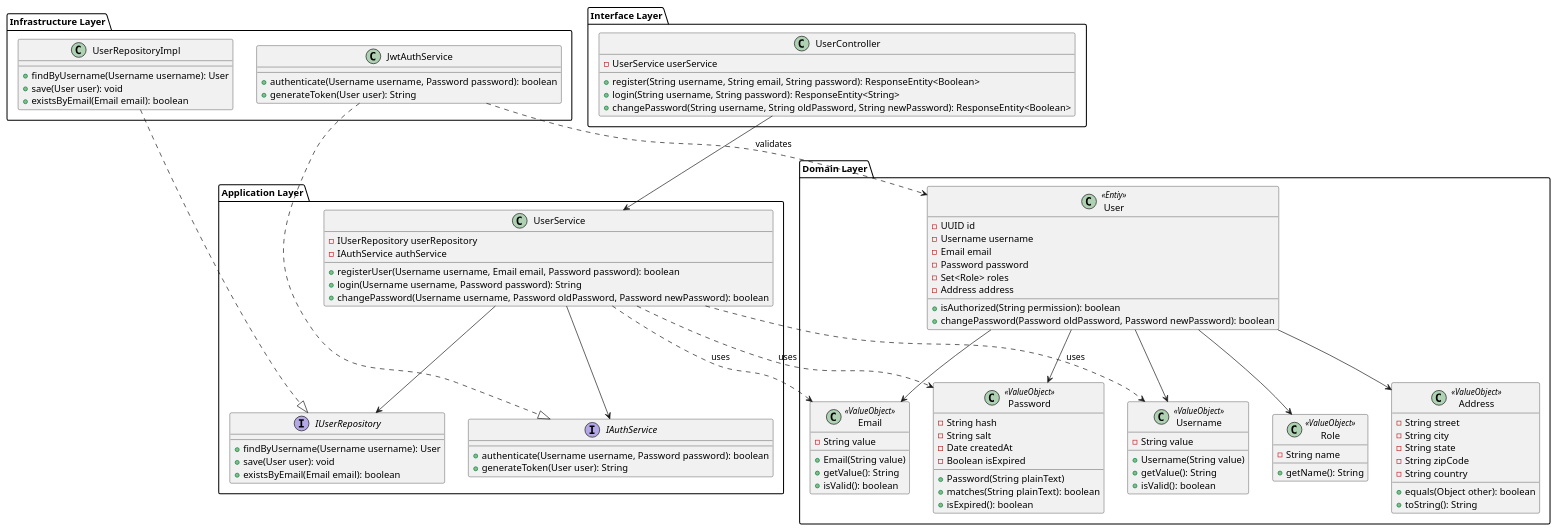
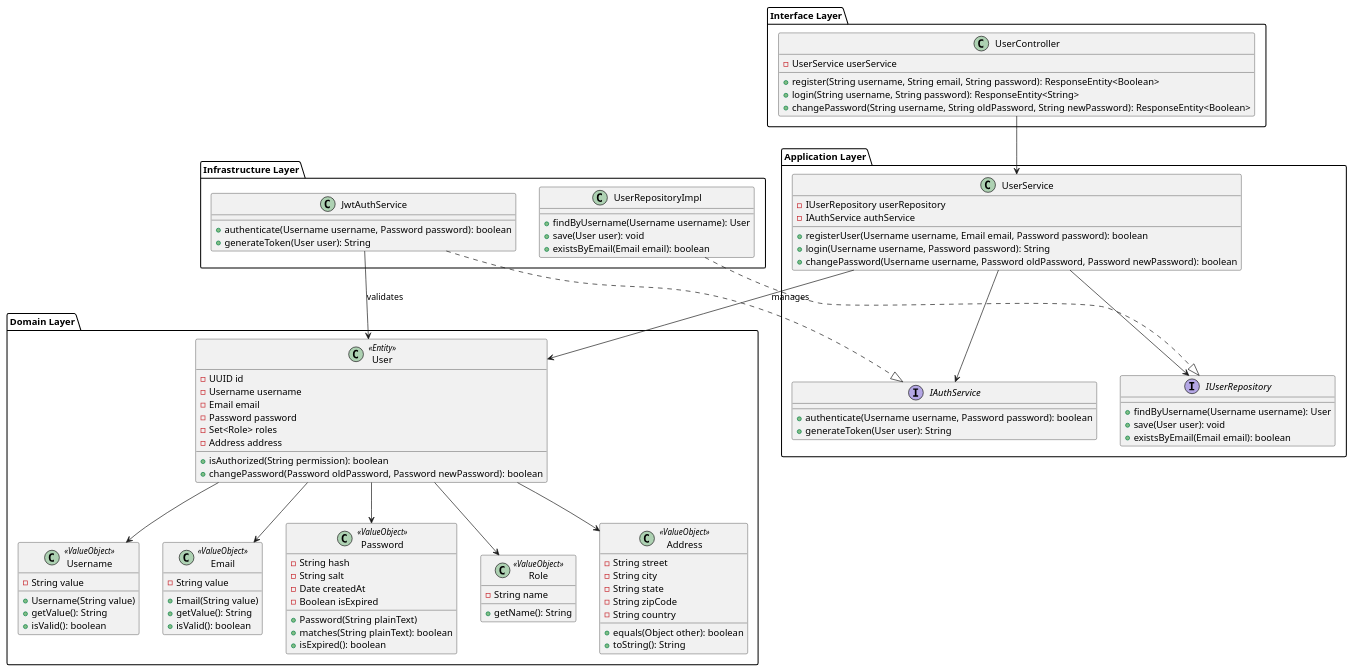
One commit to JonatanFD/diagrama-clase changed the diagram in User Management.puml. Above: the diagram before and after it, drawn with PlantUML. The commit also changed 1 other file, not shown here.

Commit message:
feat: attribute correction to Product Catalog and User Management

```diff
--- a/User Management.puml
+++ b/User Management.puml
@@ -1,130 +1,124 @@
 @startuml
 ' =============================
 ' DOMAIN LAYER
 ' =============================
 package "Domain Layer" {
-  class User <<Entiy>> {
+  class User <<Entity>> {
     - UUID id
     - Username username
     - Email email
     - Password password
     - Set<Role> roles
     - Address address
     + isAuthorized(String permission): boolean
     + changePassword(Password oldPassword, Password newPassword): boolean
   }
-  
+
   class Username <<ValueObject>> {
     - String value
     + Username(String value)
     + getValue(): String
     + isValid(): boolean
   }
-  
+
   class Email <<ValueObject>> {
     - String value
     + Email(String value)
     + getValue(): String
     + isValid(): boolean
   }
-  
+
   class Password <<ValueObject>> {
     - String hash
     - String salt
     - Date createdAt
     - Boolean isExpired
     + Password(String plainText)
     + matches(String plainText): boolean
     + isExpired(): boolean
   }
-  
+
   class Role <<ValueObject>> {
     - String name
     + getName(): String
   }
 
   class Address <<ValueObject>> {
     - String street
     - String city
     - String state
     - String zipCode
     - String country
     + equals(Object other): boolean
     + toString(): String
   }
 
-  User --> Role
-  User --> Address
   User --> Username
   User --> Email
   User --> Password
+  User --> Role
+  User --> Address
 }
 
 ' =============================
 ' APPLICATION LAYER
 ' =============================
 package "Application Layer" {
   interface IUserRepository {
     + findByUsername(Username username): User
     + save(User user): void
     + existsByEmail(Email email): boolean
   }
-  
+
   interface IAuthService {
     + authenticate(Username username, Password password): boolean
     + generateToken(User user): String
   }
-  
+
   class UserService {
     - IUserRepository userRepository
     - IAuthService authService
     + registerUser(Username username, Email email, Password password): boolean
     + login(Username username, Password password): String
     + changePassword(Username username, Password oldPassword, Password newPassword): boolean
   }
-  
+
   UserService --> IUserRepository
   UserService --> IAuthService
+  UserService --> User : «manages»
 }
 
 ' =============================
 ' INFRASTRUCTURE LAYER
 ' =============================
 package "Infrastructure Layer" {
   class UserRepositoryImpl {
     + findByUsername(Username username): User
     + save(User user): void
     + existsByEmail(Email email): boolean
   }
 
   class JwtAuthService {
     + authenticate(Username username, Password password): boolean
     + generateToken(User user): String
   }
 
   UserRepositoryImpl ..|> IUserRepository
   JwtAuthService ..|> IAuthService
+  JwtAuthService --> User : «validates»
 }
 
 ' =============================
 ' INTERFACE/PRESENTATION LAYER
 ' =============================
 package "Interface Layer" {
   class UserController {
     - UserService userService
     + register(String username, String email, String password): ResponseEntity<Boolean>
     + login(String username, String password): ResponseEntity<String>
     + changePassword(String username, String oldPassword, String newPassword): ResponseEntity<Boolean>
   }
-  
+
   UserController --> UserService
 }
-
-' =============================
-' CONNECTIONS BETWEEN LAYERS
-' =============================
-UserService ..> Password : «uses»
-UserService ..> Username : «uses»
-UserService ..> Email : «uses»
-JwtAuthService ..> User : «validates»
 @enduml
```
